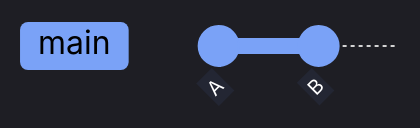
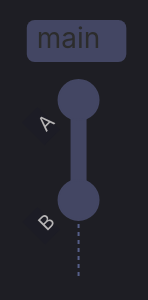
The fifth of 8 diagrams in content/08-Git/13-git-problems.md (alp78/elysium), drawn with Mermaid before and after one commit. The commit also changed other lines of this file and 13 other files, not shown here.

````diff
--- a/content/08-Git/13-git-problems.md
+++ b/content/08-Git/13-git-problems.md
@@ -419,15 +486,17 @@
 ```mermaid
 %%{init: {'theme': 'dark', 'themeVariables': {
-  'git0': '#7aa2f7', 'git1': '#9ece6a', 'git2': '#e0af68', 'git3': '#f7768e',
-  'git4': '#bb9af7', 'git5': '#7dcfff', 'git6': '#73daca', 'git7': '#ff9e64',
-  'gitBranchLabel0': '#000000', 'gitBranchLabel1': '#000000',
-  'gitBranchLabel2': '#000000', 'gitBranchLabel3': '#000000',
-  'gitBranchLabel4': '#000000', 'gitBranchLabel5': '#000000',
-  'gitBranchLabel6': '#000000', 'gitBranchLabel7': '#000000',
-  'commitLabelColor': '#ffffff', 'commitLabelBackground': '#292e42',
-  'tagLabelColor': '#c0caf5', 'tagLabelBackground': '#292e42', 'tagLabelBorder': '#565f89'
-}}}%%
-gitGraph
+  'primaryColor': '#292e42',
+  'primaryTextColor': '#c0caf5',
+  'primaryBorderColor': '#565f89',
+  'lineColor': '#565f89',
+  'secondaryColor': '#1a1b26',
+  'tertiaryColor': '#24283b',
+  'noteTextColor': '#c0caf5',
+  'noteBkgColor': '#292e42',
+  'textColor': '#c0caf5',
+  'fontSize': '14px'
+}, 'gitGraph': {'mainBranchName': 'main'}}}%%
+gitGraph TB:
   commit id: "A"
   commit id: "B"
 ```
````
